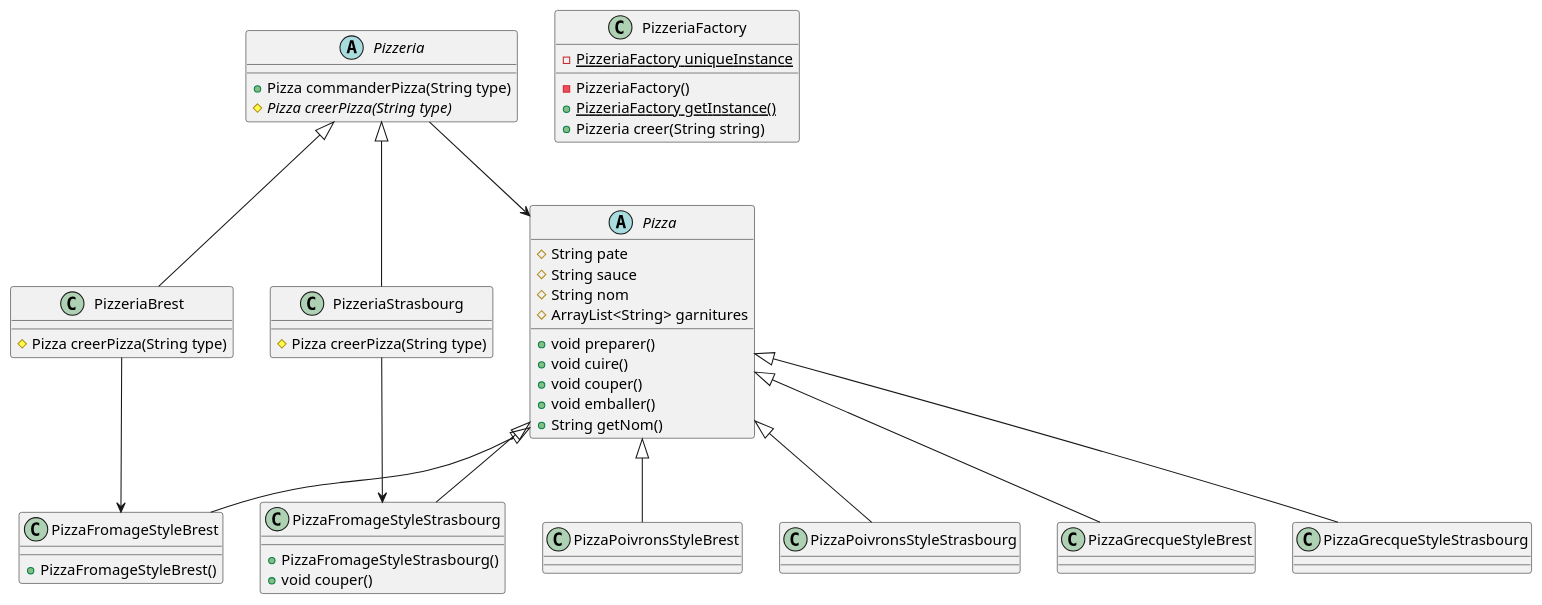
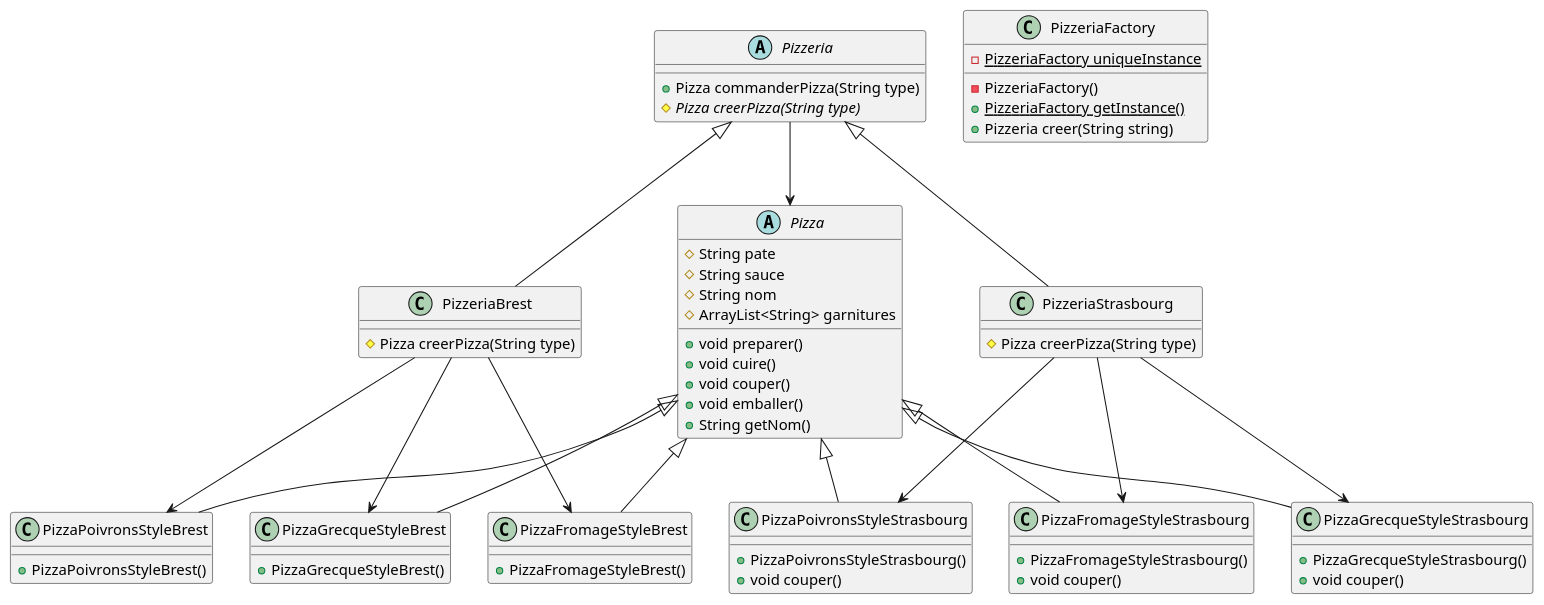
The diagram in docs/TP3.plantuml (IUT-Blagnac/cpoa-tp3-Julian-Denis), drawn with PlantUML before and after one commit. The commit also changed 7 other files, not shown here.

```diff
--- a/docs/TP3.plantuml
+++ b/docs/TP3.plantuml
@@ -1,63 +1,73 @@
 @startuml
+class PizzeriaStrasbourg [[java:Fabrique.PizzeriaStrasbourg]] {
+	#Pizza creerPizza(String type)
+}
+
+Pizzeria <|-- PizzeriaStrasbourg
 abstract class Pizzeria [[java:Fabrique.Pizzeria]] {
 	+Pizza commanderPizza(String type)
 	#{abstract}Pizza creerPizza(String type)
+}
+class PizzeriaFactory [[java:Fabrique.PizzeriaFactory]] {
+	-{static}PizzeriaFactory uniqueInstance
+	-PizzeriaFactory()
+	+{static}PizzeriaFactory getInstance()
+	+Pizzeria creer(String string)
 }
 class PizzeriaBrest [[java:Fabrique.PizzeriaBrest]] {
 	#Pizza creerPizza(String type)
 }
 
 Pizzeria <|-- PizzeriaBrest
-class PizzeriaFactory [[java:Fabrique.PizzeriaFactory]] {
-	-{static}PizzeriaFactory uniqueInstance
-	-PizzeriaFactory()
-	+{static}PizzeriaFactory getInstance()
-	+Pizzeria creer(String string)
-}
-class PizzeriaStrasbourg [[java:Fabrique.PizzeriaStrasbourg]] {
-	#Pizza creerPizza(String type)
-}
-
-Pizzeria <|-- PizzeriaStrasbourg
 abstract class Pizza [[java:Pizza.Pizza]] {
 	#String pate
 	#String sauce
 	#String nom
 	#ArrayList<String> garnitures
 	+void preparer()
 	+void cuire()
 	+void couper()
 	+void emballer()
 	+String getNom()
 }
-class PizzaFromageStyleBrest [[java:Pizza.PizzaFromageStyleBrest]] {
-	+PizzaFromageStyleBrest()
+class PizzaPoivronsStyleStrasbourg [[java:Pizza.PizzaPoivronsStyleStrasbourg]] {
+	+PizzaPoivronsStyleStrasbourg()
+	+void couper()
 }
 
-Pizza <|-- PizzaFromageStyleBrest
+Pizza <|-- PizzaPoivronsStyleStrasbourg
+class PizzaPoivronsStyleBrest [[java:Pizza.PizzaPoivronsStyleBrest]] {
+	+PizzaPoivronsStyleBrest()
+}
+
+Pizza <|-- PizzaPoivronsStyleBrest
 class PizzaFromageStyleStrasbourg [[java:Pizza.PizzaFromageStyleStrasbourg]] {
 	+PizzaFromageStyleStrasbourg()
 	+void couper()
 }
 
 Pizza <|-- PizzaFromageStyleStrasbourg
 class PizzaGrecqueStyleBrest [[java:Pizza.PizzaGrecqueStyleBrest]] {
+	+PizzaGrecqueStyleBrest()
 }
 
 Pizza <|-- PizzaGrecqueStyleBrest
 class PizzaGrecqueStyleStrasbourg [[java:Pizza.PizzaGrecqueStyleStrasbourg]] {
+	+PizzaGrecqueStyleStrasbourg()
+	+void couper()
 }
 
 Pizza <|-- PizzaGrecqueStyleStrasbourg
-class PizzaPoivronsStyleBrest [[java:Pizza.PizzaPoivronsStyleBrest]] {
+class PizzaFromageStyleBrest [[java:Pizza.PizzaFromageStyleBrest]] {
+	+PizzaFromageStyleBrest()
 }
 
-Pizza <|-- PizzaPoivronsStyleBrest
-class PizzaPoivronsStyleStrasbourg [[java:Pizza.PizzaPoivronsStyleStrasbourg]] {
-}
-
-Pizza <|-- PizzaPoivronsStyleStrasbourg
+Pizza <|-- PizzaFromageStyleBrest
 Pizzeria --> Pizza
 PizzeriaBrest --> PizzaFromageStyleBrest
 PizzeriaStrasbourg --> PizzaFromageStyleStrasbourg
+PizzeriaBrest --> PizzaGrecqueStyleBrest
+PizzeriaStrasbourg --> PizzaGrecqueStyleStrasbourg
+PizzeriaBrest --> PizzaPoivronsStyleBrest
+PizzeriaStrasbourg --> PizzaPoivronsStyleStrasbourg
 @enduml
```
